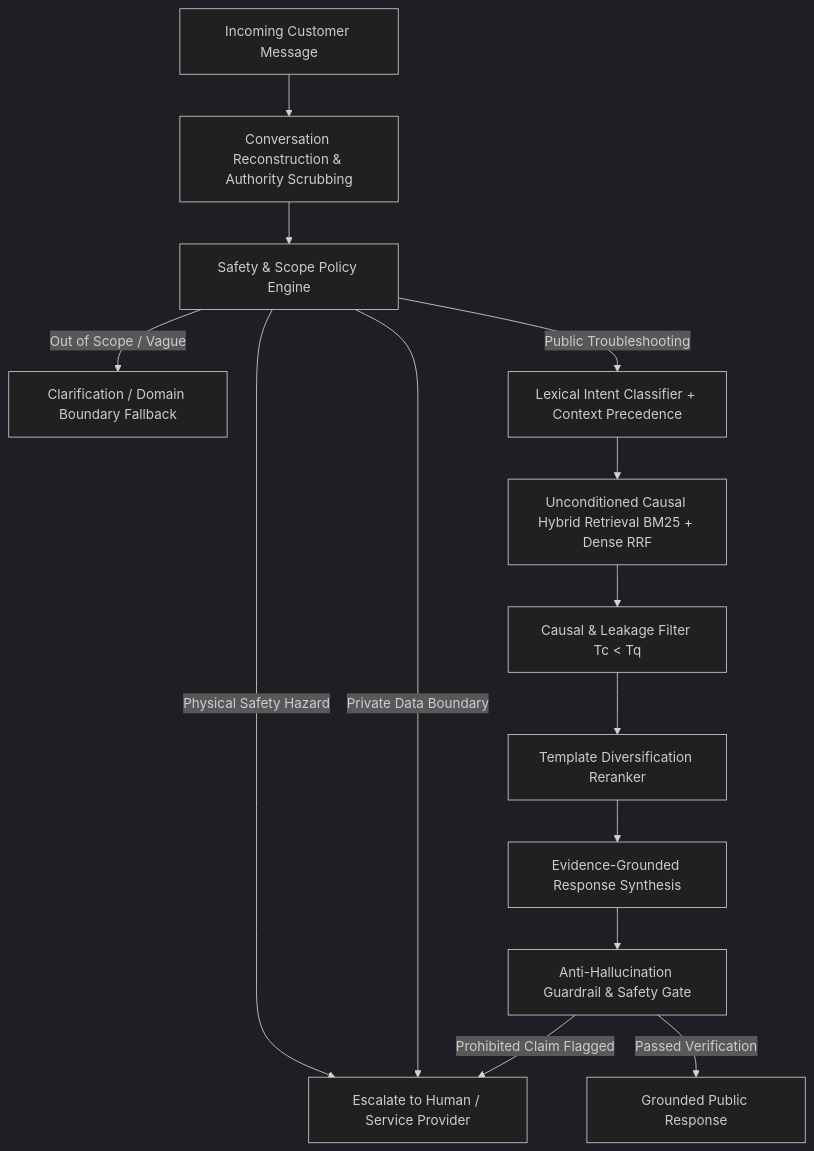
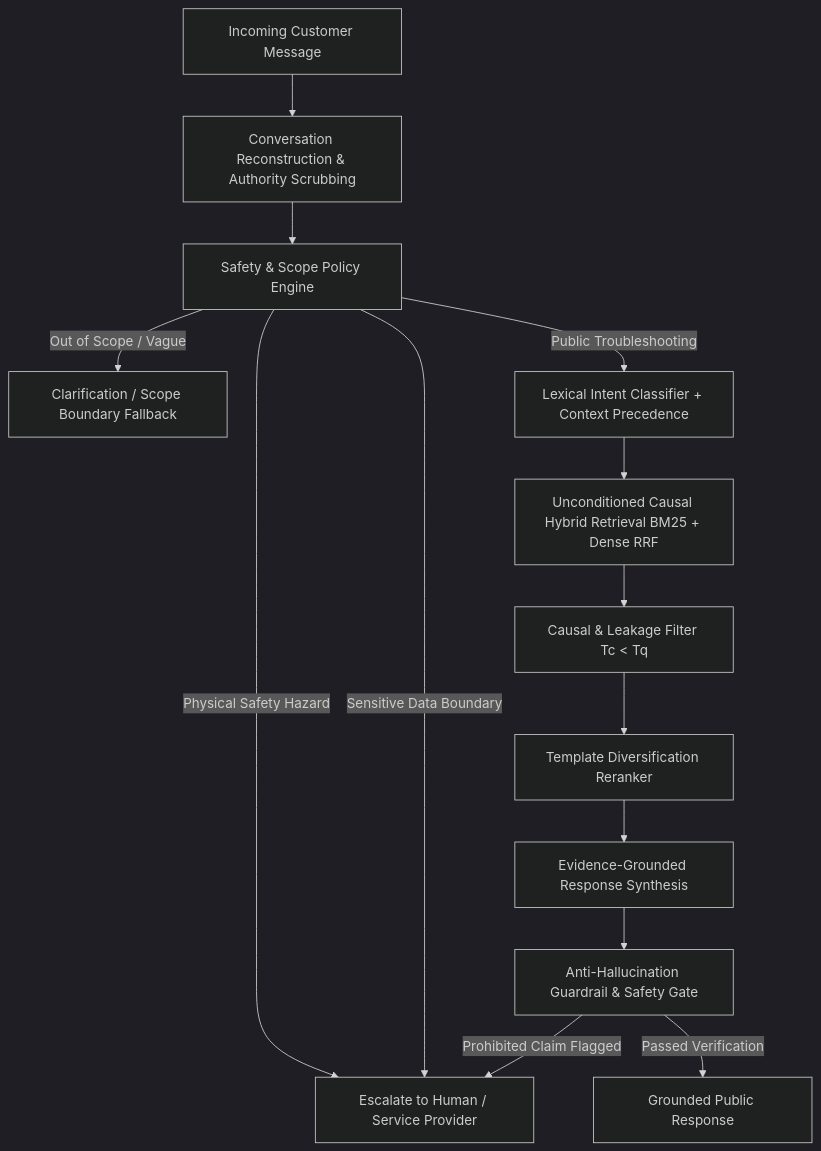
Before and after one commit to mugenkyou/support-agent: the diagram in README.md, drawn with Mermaid (dark theme). The commit also changed other lines of this file, not shown here.

````diff
--- a/README.md
+++ b/README.md
@@ -70,19 +73,19 @@
 ```mermaid
 flowchart TD
     A[Incoming Customer Message] --> B[Conversation Reconstruction & Authority Scrubbing]
     B --> C[Safety & Scope Policy Engine]
 
     C -->|Physical Safety Hazard| N[Escalate to Human / Service Provider]
-    C -->|Private Data Boundary| N
-    C -->|Out of Scope / Vague| O[Clarification / Domain Boundary Fallback]
+    C -->|Sensitive Data Boundary| N
+    C -->|Out of Scope / Vague| O[Clarification / Scope Boundary Fallback]
     C -->|Public Troubleshooting| D[Lexical Intent Classifier + Context Precedence]
 
     D --> E[Unconditioned Causal Hybrid Retrieval BM25 + Dense RRF]
     E --> F[Causal & Leakage Filter Tc < Tq]
     F --> G[Template Diversification Reranker]
     G --> H[Evidence-Grounded Response Synthesis]
     H --> I[Anti-Hallucination Guardrail & Safety Gate]
 
     I -->|Passed Verification| M[Grounded Public Response]
     I -->|Prohibited Claim Flagged| N
 ```
````
